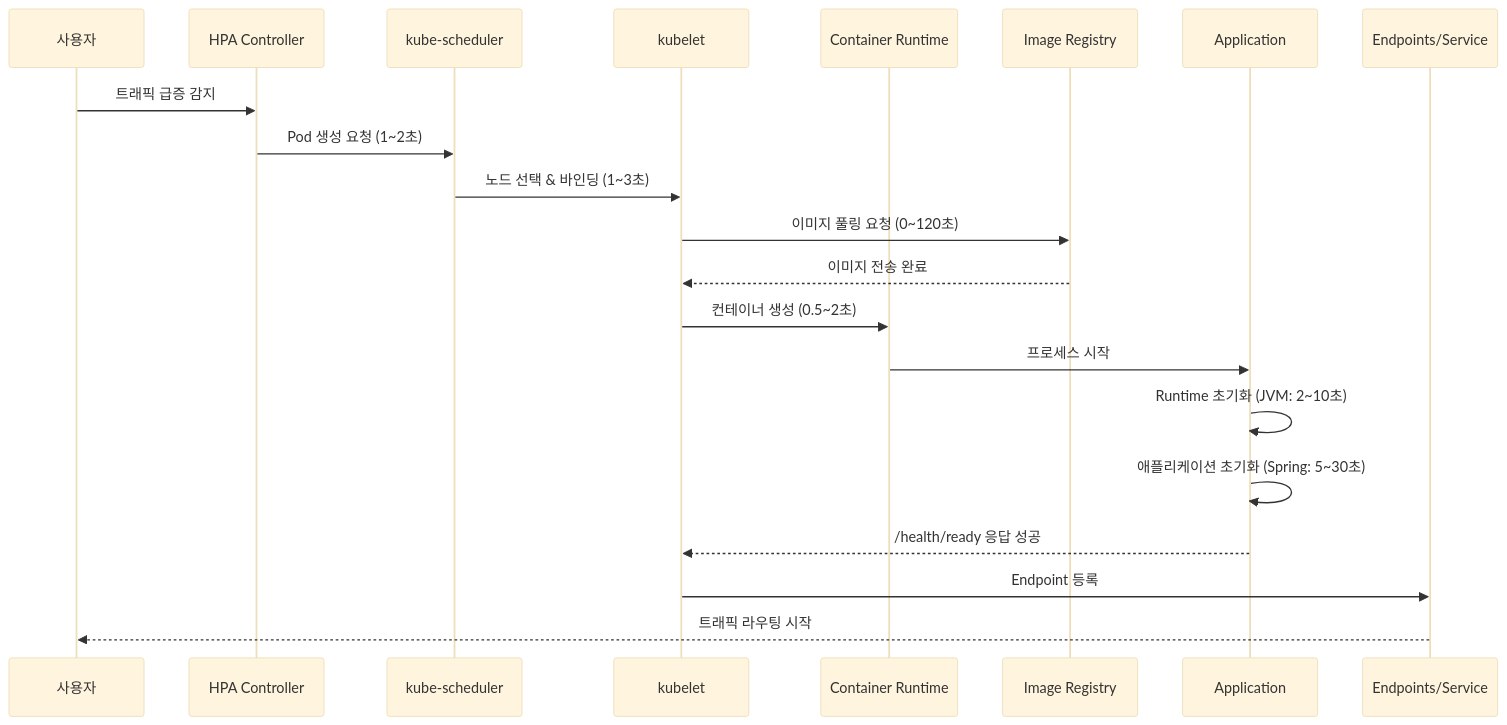
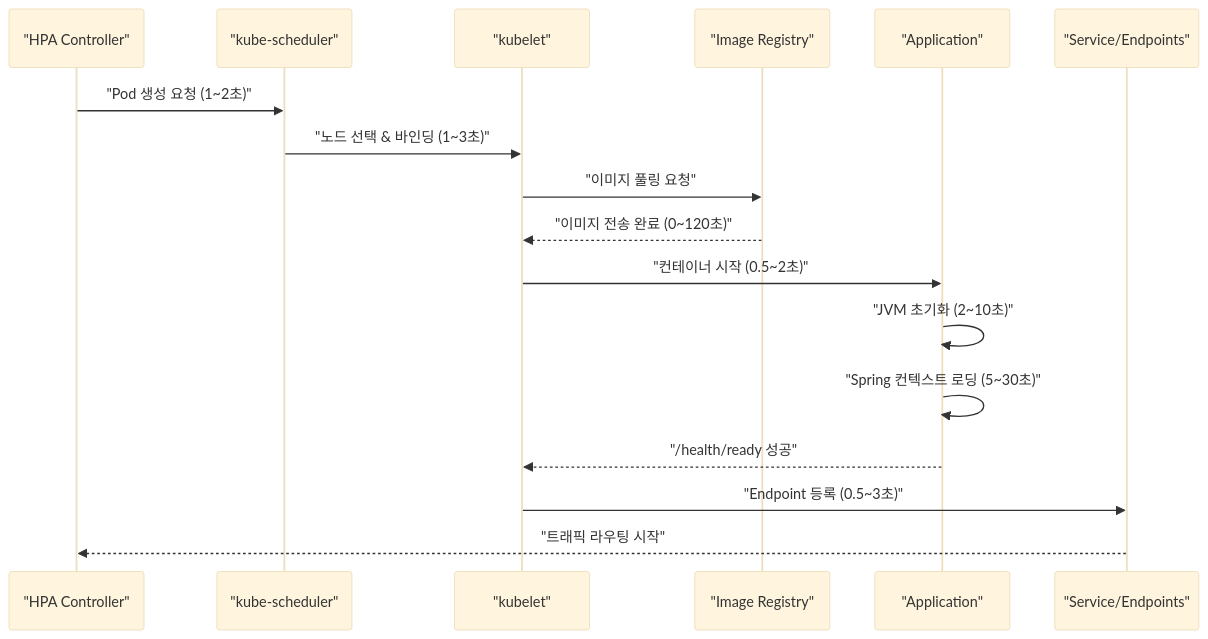
Before and after one commit to yjkim2015/yjkim2015.github.io: the first of 5 diagrams in _posts/cloud/2026-05-02-kubernetes-cold-start.md, drawn with Mermaid (base theme). The commit also changed other lines of this file and 122 other files, not shown here.

````diff
--- a/_posts/cloud/2026-05-02-kubernetes-cold-start.md
+++ b/_posts/cloud/2026-05-02-kubernetes-cold-start.md
@@ -64,24 +52,20 @@
 ```mermaid
 sequenceDiagram
-    participant User as 사용자
-    participant HPA as HPA Controller
-    participant Scheduler as kube-scheduler
-    participant Kubelet as kubelet
-    participant CRI as Container Runtime
-    participant Registry as Image Registry
-    participant App as Application
-    participant EP as Endpoints/Service
+    participant HPA as "HPA Controller"
+    participant Sched as "kube-scheduler"
+    participant Kubelet as "kubelet"
+    participant Registry as "Image Registry"
+    participant App as "Application"
+    participant EP as "Service/Endpoints"
 
-    User->>HPA: 트래픽 급증 감지
-    HPA->>Scheduler: Pod 생성 요청 (1~2초)
-    Scheduler->>Kubelet: 노드 선택 & 바인딩 (1~3초)
-    Kubelet->>Registry: 이미지 풀링 요청 (0~120초)
-    Registry-->>Kubelet: 이미지 전송 완료
-    Kubelet->>CRI: 컨테이너 생성 (0.5~2초)
-    CRI->>App: 프로세스 시작
-    App->>App: Runtime 초기화 (JVM: 2~10초)
-    App->>App: 애플리케이션 초기화 (Spring: 5~30초)
-    App-->>Kubelet: /health/ready 응답 성공
-    Kubelet->>EP: Endpoint 등록
-    EP-->>User: 트래픽 라우팅 시작
+    HPA->>Sched: "Pod 생성 요청 (1~2초)"
+    Sched->>Kubelet: "노드 선택 & 바인딩 (1~3초)"
+    Kubelet->>Registry: "이미지 풀링 요청"
+    Registry-->>Kubelet: "이미지 전송 완료 (0~120초)"
+    Kubelet->>App: "컨테이너 시작 (0.5~2초)"
+    App->>App: "JVM 초기화 (2~10초)"
+    App->>App: "Spring 컨텍스트 로딩 (5~30초)"
+    App-->>Kubelet: "/health/ready 성공"
+    Kubelet->>EP: "Endpoint 등록 (0.5~3초)"
+    EP-->>HPA: "트래픽 라우팅 시작"
 ```
````
